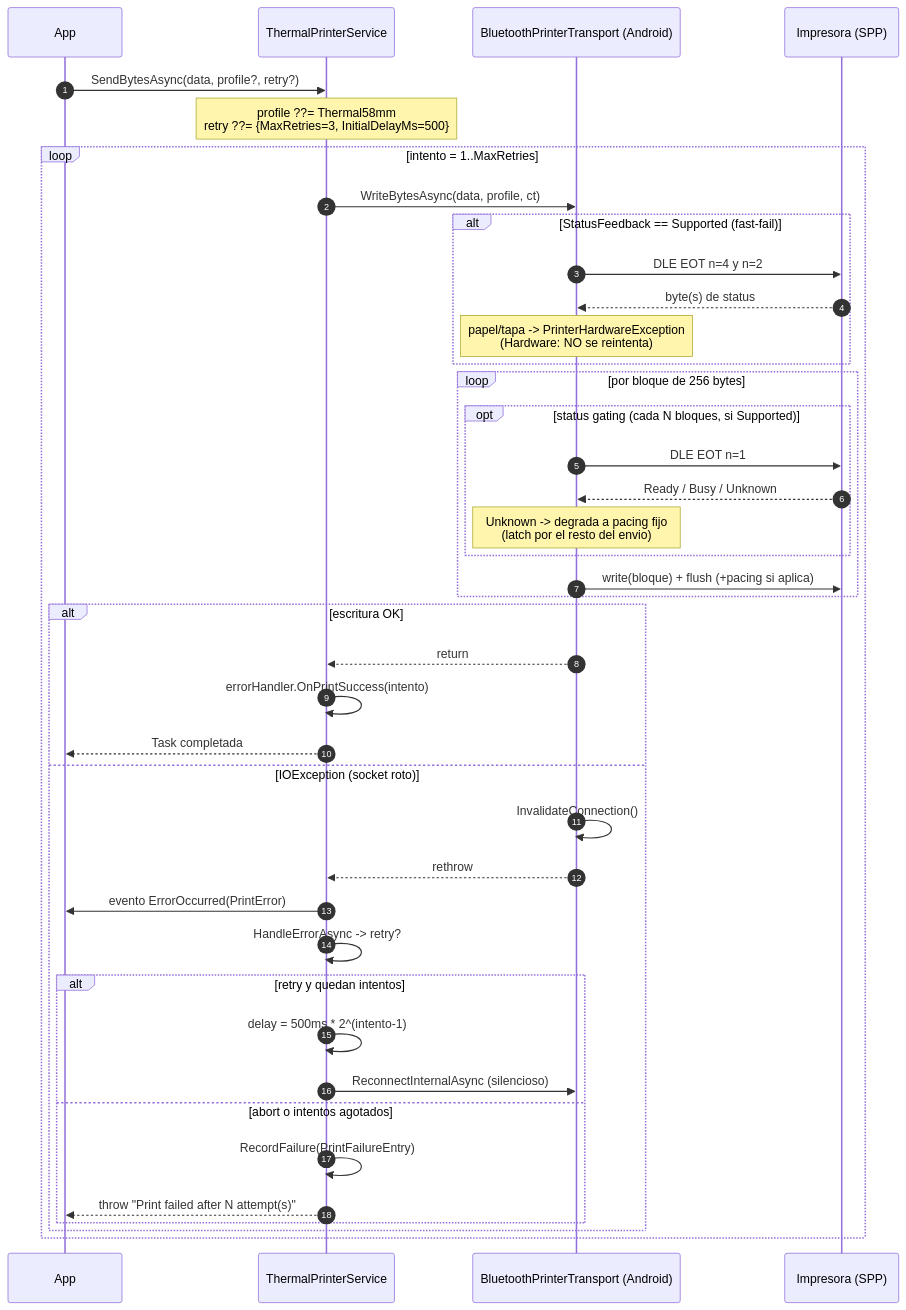
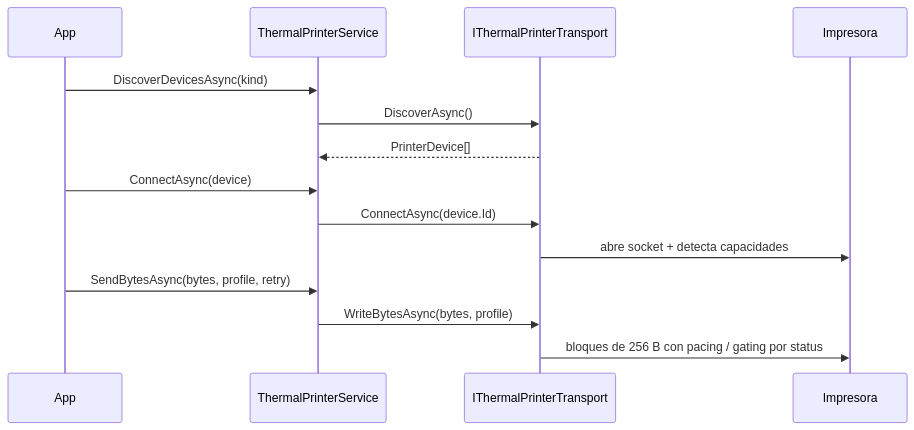
Before and after one commit to hdcm-dev/ThermalPrint.MotorDsl.Core.Documentacion: the diagram in ia-db/indexes/04_impresion-transports.md, drawn with Mermaid. The commit also changed other lines of this file and 14 other files, not shown here.

````diff
--- a/ia-db/indexes/04_impresion-transports.md
+++ b/ia-db/indexes/04_impresion-transports.md
@@ -162,44 +25,16 @@
 ```mermaid
 sequenceDiagram
-    autonumber
-    participant App as App
-    participant Svc as ThermalPrinterService
-    participant Tr as BluetoothPrinterTransport (Android)
-    participant Prn as Impresora (SPP)
-
-    App->>Svc: SendBytesAsync(data, profile?, retry?)
-    Note over Svc: profile ??= Thermal58mm<br/>retry ??= {MaxRetries=3, InitialDelayMs=500}
-    loop intento = 1..MaxRetries
-        Svc->>Tr: WriteBytesAsync(data, profile, ct)
-        alt StatusFeedback == Supported (fast-fail)
-            Tr->>Prn: DLE EOT n=4 y n=2
-            Prn-->>Tr: byte(s) de status
-            Note over Tr: papel/tapa -> PrinterHardwareException<br/>(Hardware: NO se reintenta)
-        end
-        loop por bloque de 256 bytes
-            opt status gating (cada N bloques, si Supported)
-                Tr->>Prn: DLE EOT n=1
-                Prn-->>Tr: Ready / Busy / Unknown
-                Note over Tr: Unknown -> degrada a pacing fijo<br/>(latch por el resto del envio)
-            end
-            Tr->>Prn: write(bloque) + flush (+pacing si aplica)
-        end
-        alt escritura OK
-            Tr-->>Svc: return
-            Svc->>Svc: errorHandler.OnPrintSuccess(intento)
-            Svc-->>App: Task completada
-        else IOException (socket roto)
-            Tr->>Tr: InvalidateConnection()
-            Tr-->>Svc: rethrow
-            Svc->>App: evento ErrorOccurred(PrintError)
-            Svc->>Svc: HandleErrorAsync -> retry?
-            alt retry y quedan intentos
-                Svc->>Svc: delay = 500ms * 2^(intento-1)
-                Svc->>Tr: ReconnectInternalAsync (silencioso)
-            else abort o intentos agotados
-                Svc->>Svc: RecordFailure(PrintFailureEntry)
-                Svc-->>App: throw "Print failed after N attempt(s)"
-            end
-        end
-    end
+    participant App
+    participant S as ThermalPrinterService
+    participant T as IThermalPrinterTransport
+    participant P as Impresora
+    App->>S: DiscoverDevicesAsync(kind)
+    S->>T: DiscoverAsync()
+    T-->>S: PrinterDevice[]
+    App->>S: ConnectAsync(device)
+    S->>T: ConnectAsync(device.Id)
+    T->>P: abre socket + detecta capacidades
+    App->>S: SendBytesAsync(bytes, profile, retry)
+    S->>T: WriteBytesAsync(bytes, profile)
+    T->>P: bloques de 256 B con pacing / gating por status
 ```
````
